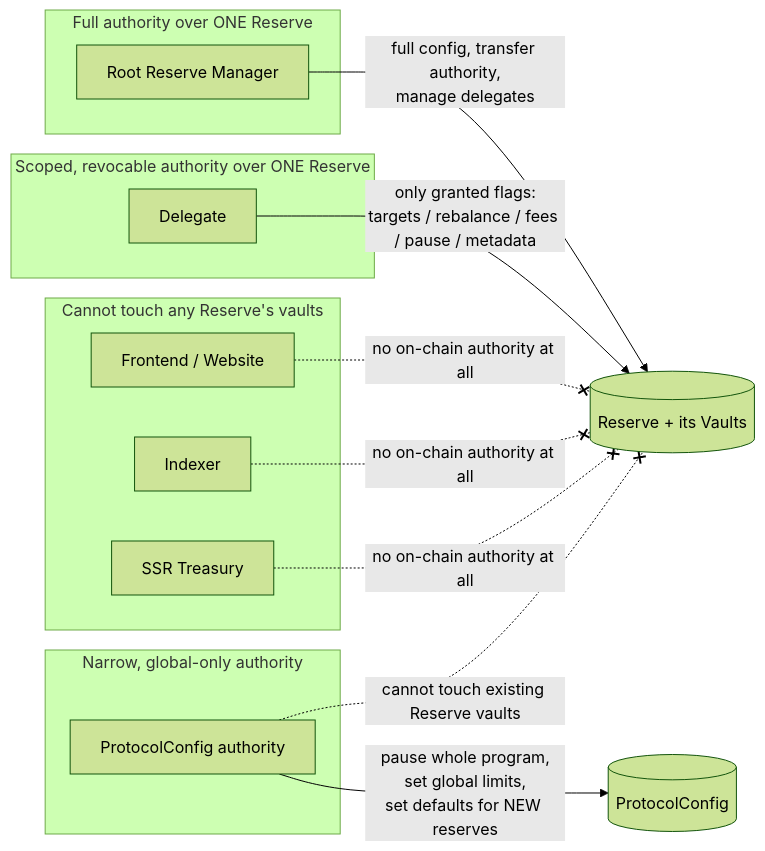
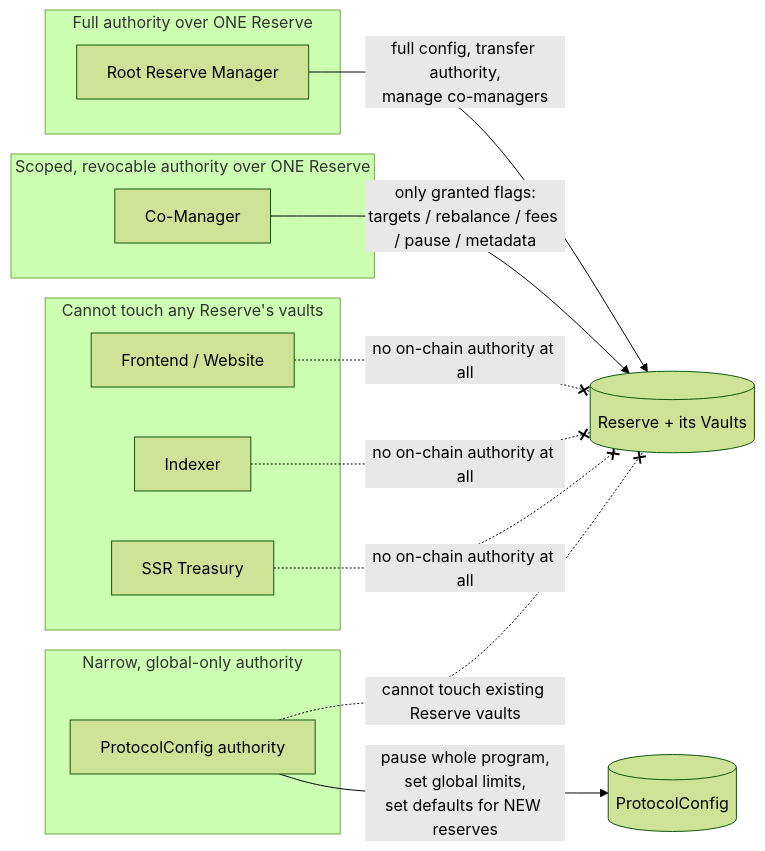
Before and after one commit to JRA-EF/SSR.FUN: the second of 2 diagrams in docs/protocol/ACCOUNT_MODEL.md, drawn with Mermaid (forest theme). The commit also changed other lines of this file and 30 other files, not shown here.

First line of the commit message:
Rename "delegates" to "co-managers" across all UI copy and documents (DEC-0185)

````diff
--- a/docs/protocol/ACCOUNT_MODEL.md
+++ b/docs/protocol/ACCOUNT_MODEL.md
@@ -60,28 +60,28 @@
 ```mermaid
 graph LR
     subgraph "Cannot touch any Reserve's vaults"
         FE[Frontend / Website]
         IDX[Indexer]
         TREAS[SSR Treasury]
     end
 
     subgraph "Narrow, global-only authority"
         PCAUTH[ProtocolConfig authority]
     end
 
     subgraph "Full authority over ONE Reserve"
         RM[Root Reserve Manager]
     end
 
     subgraph "Scoped, revocable authority over ONE Reserve"
-        DEL[Delegate]
+        DEL[Co-Manager]
     end
 
     PCAUTH -->|pause whole program,<br/>set global limits,<br/>set defaults for NEW reserves| PC[(ProtocolConfig)]
-    RM -->|full config, transfer authority,<br/>manage delegates| RES[(Reserve + its Vaults)]
+    RM -->|full config, transfer authority,<br/>manage co-managers| RES[(Reserve + its Vaults)]
     DEL -->|only granted flags:<br/>targets / rebalance / fees / pause / metadata| RES
     FE -.no on-chain authority at all.-x RES
     IDX -.no on-chain authority at all.-x RES
     TREAS -.no on-chain authority at all.-x RES
     PCAUTH -.cannot touch existing Reserve vaults.-x RES
 ```
````
